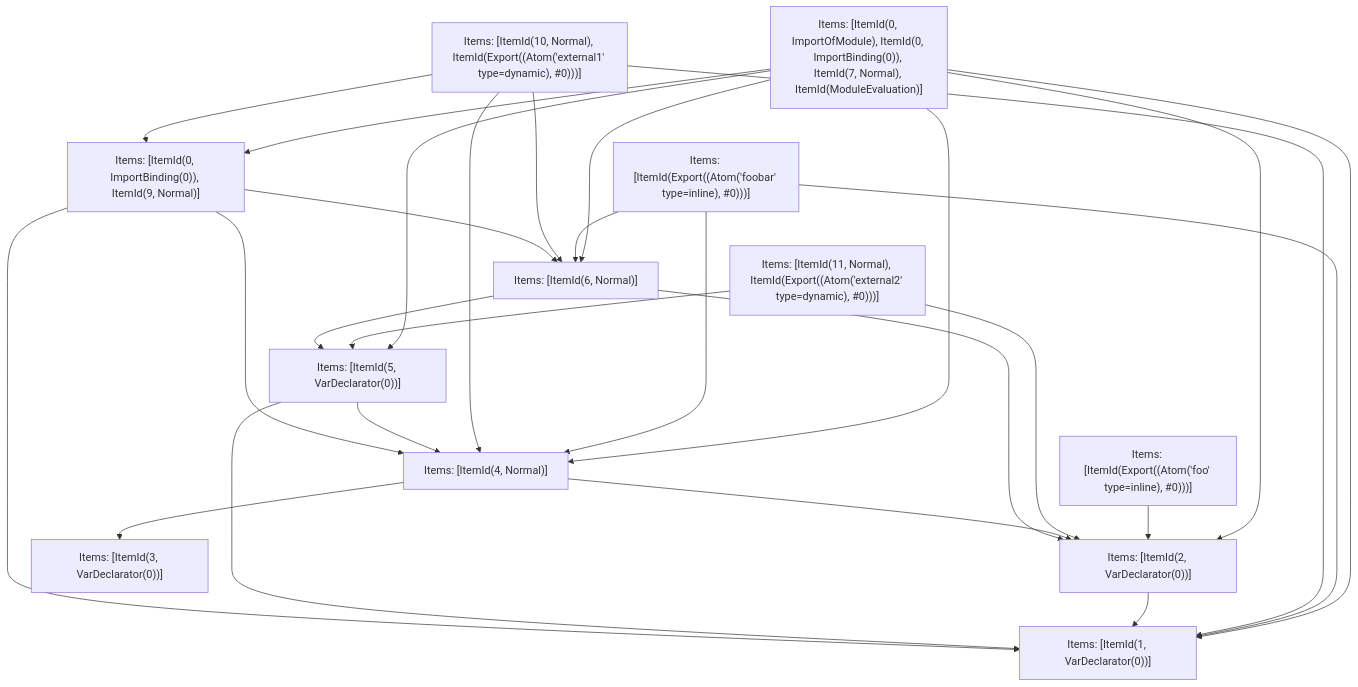
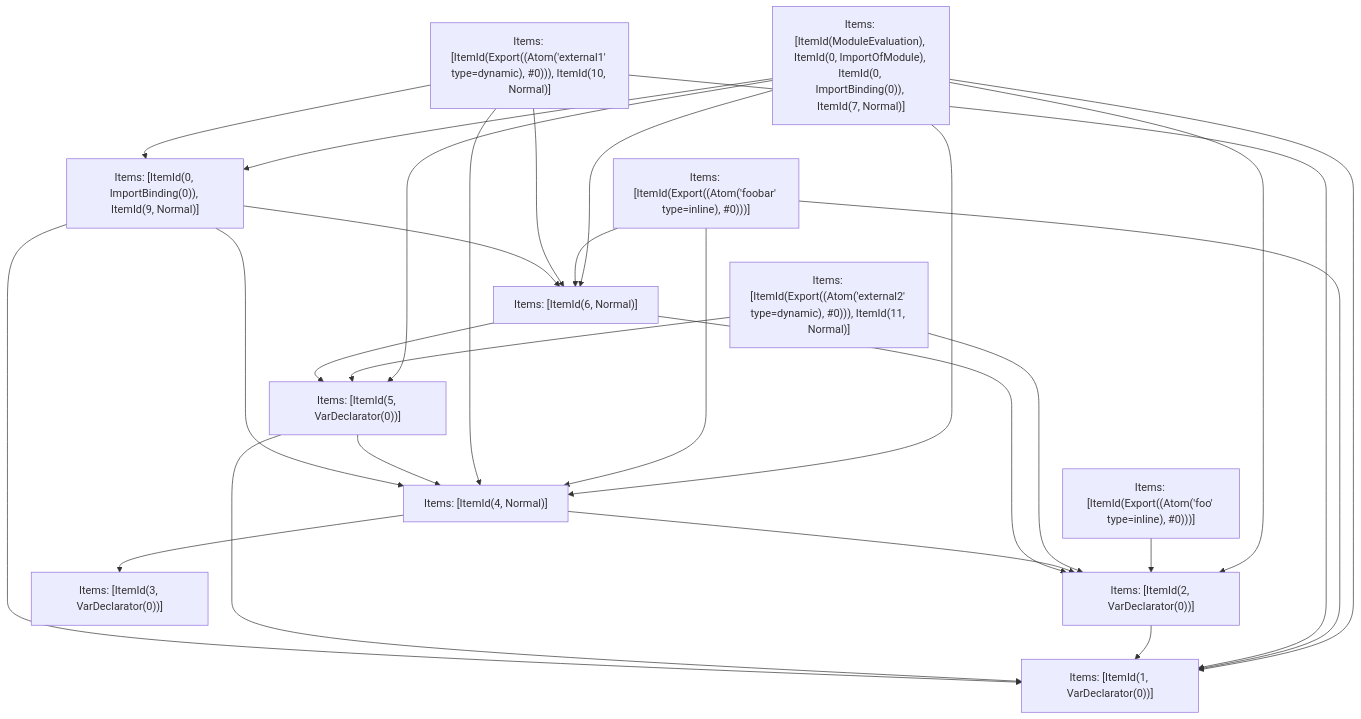
Before and after one commit to vercel/turborepo: the fifth of 5 diagrams in crates/turbopack-ecmascript/tests/tree-shaker/analyzer/1/output.md, drawn with Mermaid. The commit also changed other lines of this file and 4 other files, not shown here.

````diff
--- a/crates/turbopack-ecmascript/tests/tree-shaker/analyzer/1/output.md
+++ b/crates/turbopack-ecmascript/tests/tree-shaker/analyzer/1/output.md
@@ -325,41 +325,41 @@
 ```mermaid
 graph TD
-    N0["Items: [ItemId(0, ImportOfModule), ItemId(0, ImportBinding(0)), ItemId(7, Normal), ItemId(ModuleEvaluation)]"];
+    N0["Items: [ItemId(ModuleEvaluation), ItemId(0, ImportOfModule), ItemId(0, ImportBinding(0)), ItemId(7, Normal)]"];
     N1["Items: [ItemId(Export((Atom('foobar' type=inline), #0)))]"];
     N2["Items: [ItemId(Export((Atom('foo' type=inline), #0)))]"];
-    N3["Items: [ItemId(10, Normal), ItemId(Export((Atom('external1' type=dynamic), #0)))]"];
-    N4["Items: [ItemId(11, Normal), ItemId(Export((Atom('external2' type=dynamic), #0)))]"];
+    N3["Items: [ItemId(Export((Atom('external1' type=dynamic), #0))), ItemId(10, Normal)]"];
+    N4["Items: [ItemId(Export((Atom('external2' type=dynamic), #0))), ItemId(11, Normal)]"];
     N5["Items: [ItemId(1, VarDeclarator(0))]"];
     N6["Items: [ItemId(2, VarDeclarator(0))]"];
     N7["Items: [ItemId(3, VarDeclarator(0))]"];
     N8["Items: [ItemId(4, Normal)]"];
     N9["Items: [ItemId(5, VarDeclarator(0))]"];
     N10["Items: [ItemId(6, Normal)]"];
     N11["Items: [ItemId(0, ImportBinding(0)), ItemId(9, Normal)]"];
     N0 --> N9;
     N0 --> N11;
     N0 --> N5;
     N0 --> N8;
     N0 --> N10;
     N0 --> N6;
     N1 --> N5;
     N1 --> N8;
     N1 --> N10;
     N2 --> N6;
     N3 --> N11;
     N3 --> N5;
     N3 --> N8;
     N3 --> N10;
     N4 --> N6;
     N4 --> N9;
     N6 --> N5;
     N8 --> N7;
     N8 --> N6;
     N9 --> N5;
     N9 --> N8;
     N10 --> N6;
     N10 --> N9;
     N11 --> N5;
     N11 --> N8;
     N11 --> N10;
 ```
````
